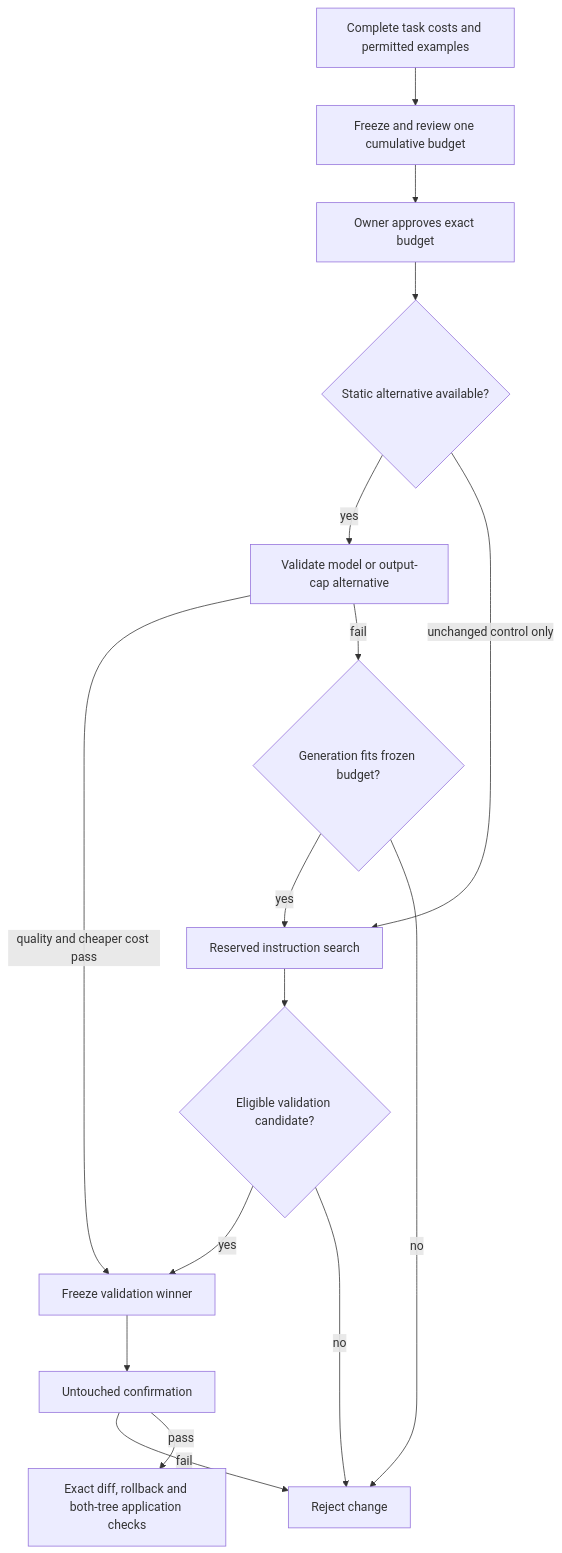
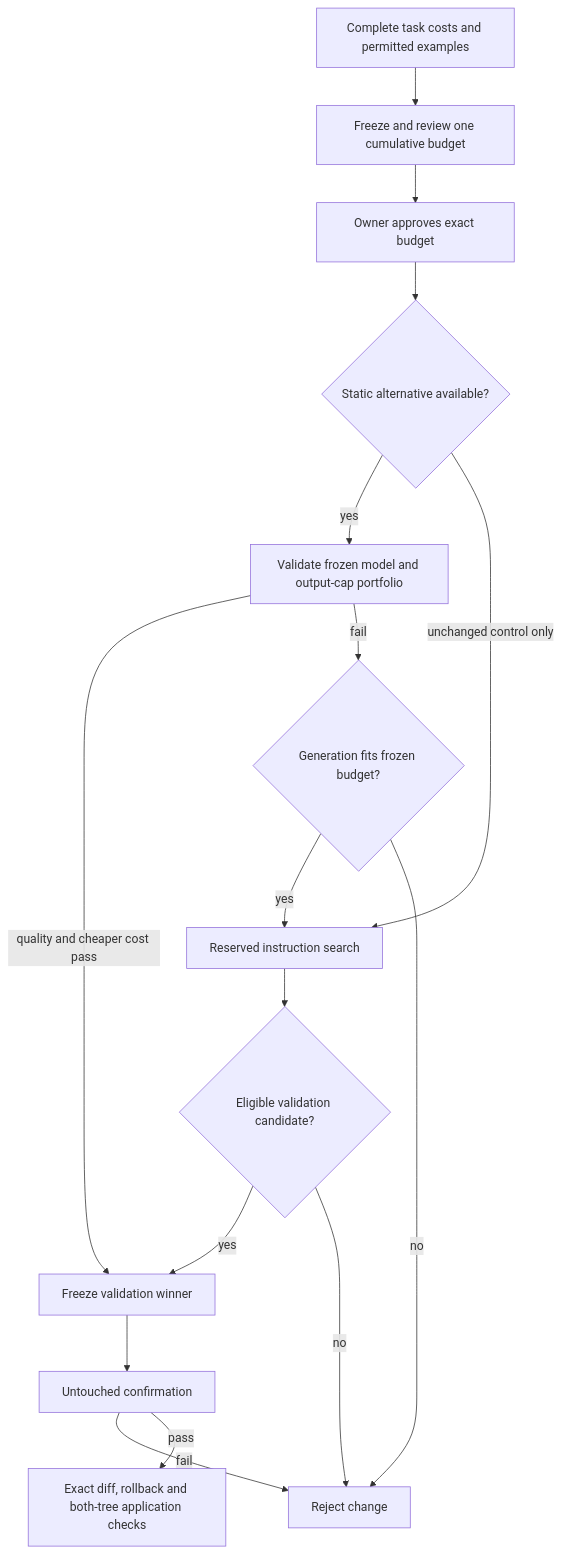
One commit to CutbackAI/cutback changed the diagram in docs/improvement-campaigns.md. Above: the diagram before and after it, drawn with Mermaid. The commit also changed other lines of this file and 37 other files, not shown here.

Commit message:
Automate budget-fitting native model and output-cap portfolios (#42)

````diff
--- a/docs/improvement-campaigns.md
+++ b/docs/improvement-campaigns.md
@@ -13,18 +13,18 @@
 ```mermaid
 flowchart TD
     A[Complete task costs and permitted examples] --> B[Freeze and review one cumulative budget]
     B --> C[Owner approves exact budget]
     C --> D{Static alternative available?}
-    D -- yes --> E[Validate model or output-cap alternative]
+    D -- yes --> E[Validate frozen model and output-cap portfolio]
     D -- unchanged control only --> H[Reserved instruction search]
     E -- quality and cheaper cost pass --> J[Freeze validation winner]
     E -- fail --> F{Generation fits frozen budget?}
     F -- yes --> H
     F -- no --> R[Reject change]
     H --> I{Eligible validation candidate?}
     I -- yes --> J
     I -- no --> R
     J --> K[Untouched confirmation]
     K -- fail --> R
     K -- pass --> L[Exact diff, rollback and both-tree application checks]
 ```
````
